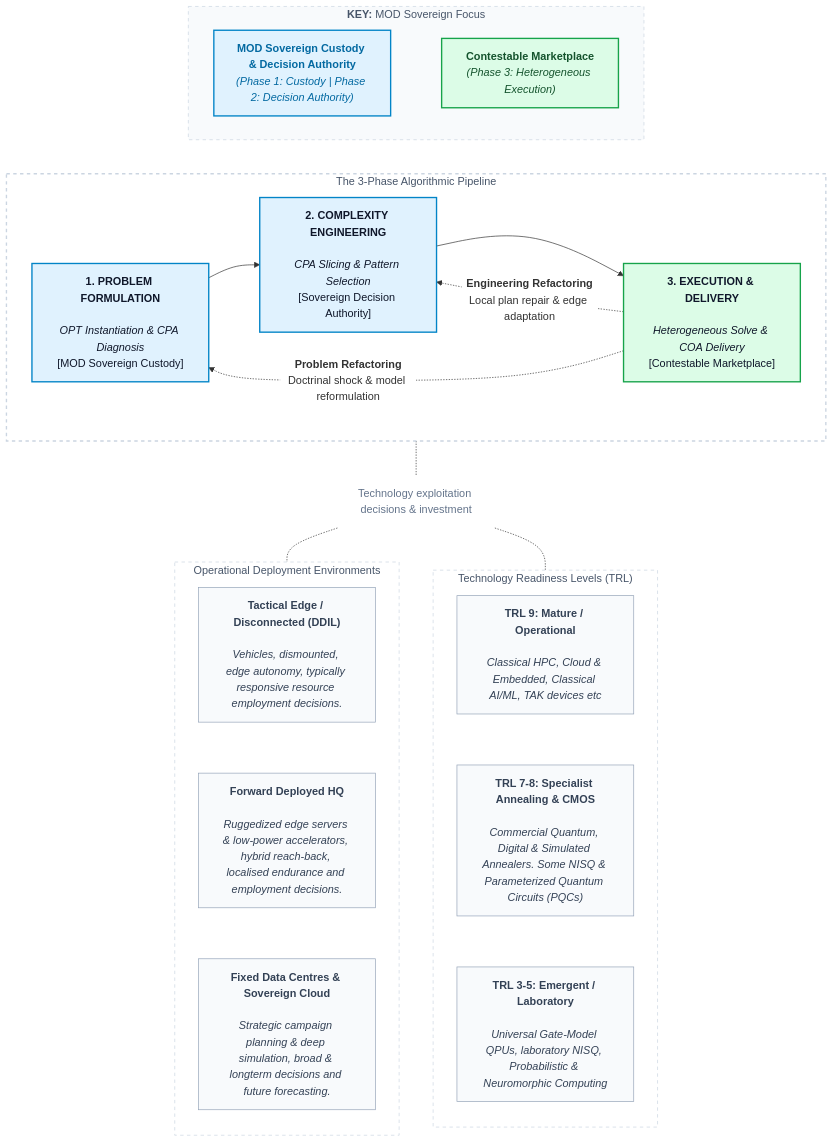
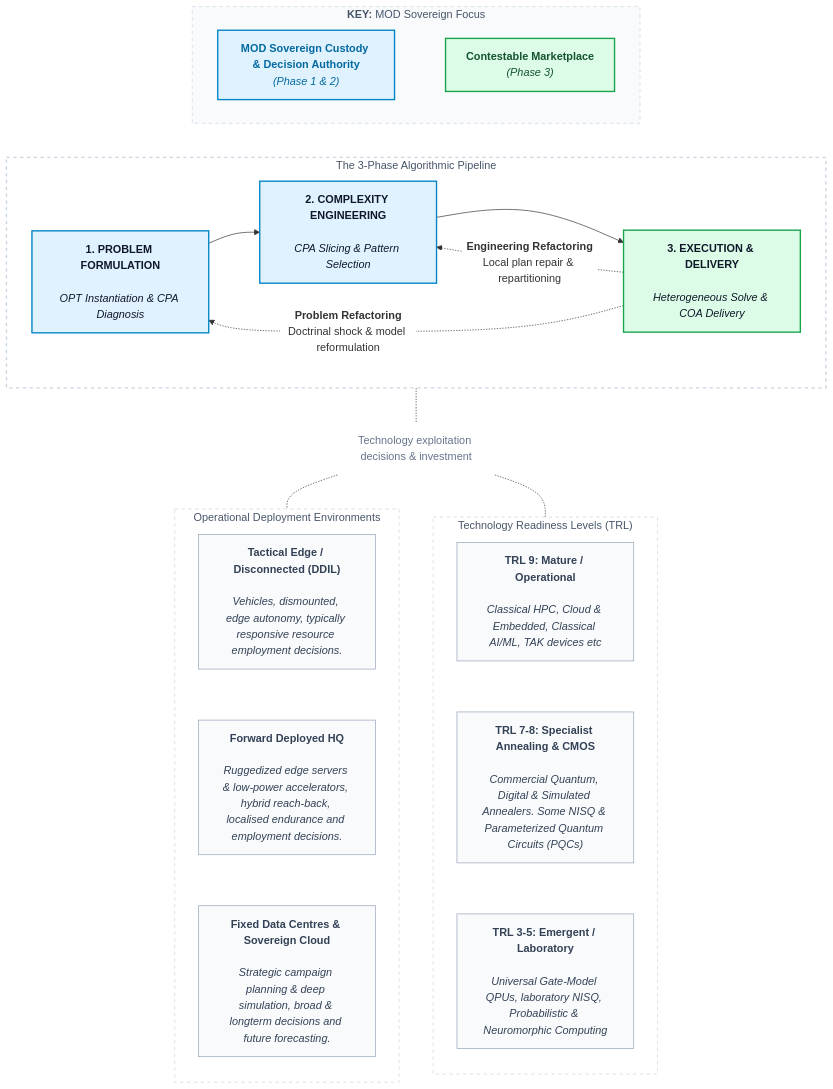
One commit to baddogdown/knowledge changed the third of 6 diagrams in quantum/The_Emergent_Algorithmic_Bridge.md. Above: the diagram before and after it, drawn with Mermaid. The commit also changed other lines of this file, not shown here.

Commit message:
Updates to 3 phase algo bridge

````diff
--- a/quantum/The_Emergent_Algorithmic_Bridge.md
+++ b/quantum/The_Emergent_Algorithmic_Bridge.md
@@ -240,81 +240,81 @@
 ```mermaid
 %%{init: {'themeVariables': {'edgeLabelBackground': '#ffffff'}}}%%
 flowchart TB
 
     %% ==========================================
     %% TOP SECTION: KEY Above Pipeline for Full Width
     %% ==========================================
     subgraph KEY ["<b>KEY:</b> MOD Sovereign Focus"]
         direction LR
-        K1["<b>MOD Sovereign Custody & Decision Authority</b><br/><i>(Phase 1: Custody | Phase 2: Decision Authority)</i>"]
-        K2["<b>Contestable Marketplace</b><br/><i>(Phase 3: Heterogeneous Execution)</i>"]
+        K1["<b>MOD Sovereign Custody & Decision Authority</b><br/><i>(Phase 1 & 2)</i>"]
+        K2["<b>Contestable Marketplace</b><br/><i>(Phase 3)</i>"]
         K1 ~~~ K2
     end
 
     %% ==========================================
     %% PIPELINE SECTION: Full-Width 3-Phase Pipeline
     %% ==========================================
     subgraph PHASES ["The 3-Phase Algorithmic Pipeline"]
         direction LR
-        P1["<b>1. PROBLEM FORMULATION</b><br/><br/><i>OPT Instantiation & CPA Diagnosis</i><br/>[MOD Sovereign Custody]"] --> P2["<b>2. COMPLEXITY ENGINEERING</b><br/><br/><i>CPA Slicing & Pattern Selection</i><br/>[Sovereign Decision Authority]"] --> P3["<b>3. EXECUTION & DELIVERY</b><br/><br/><i>Heterogeneous Solve & COA Delivery</i><br/>[Contestable Marketplace]"]
+        P1["<b>1. PROBLEM FORMULATION</b><br/><br/><i>OPT Instantiation & CPA Diagnosis</i>"] --> P2["<b>2. COMPLEXITY ENGINEERING</b><br/><br/><i>CPA Slicing & Pattern Selection</i>"] --> P3["<b>3. EXECUTION & DELIVERY</b><br/><br/><i>Heterogeneous Solve & COA Delivery</i>"]
 
-        P3 -.->|"<b>Engineering Refactoring</b><br/>Local plan repair & edge adaptation"| P2
+        P3 -.->|"<b>Engineering Refactoring</b><br/>Local plan repair & repartitioning"| P2
         P3 -.->|"<b>Problem Refactoring</b><br/>Doctrinal shock & model reformulation"| P1
     end
 
     KEY ~~~ PHASES
 
     %% ==========================================
     %% MIDDLE SECTION: Divider 
     %% ==========================================
     DIVIDER["Technology exploitation decisions & investment"]
     PHASES -.- DIVIDER
 
     %% ==========================================
     %% BOTTOM SECTION: Side-by-Side Columns
     %% ==========================================
     subgraph TRL_AXIS ["Technology Readiness Levels (TRL)"]
         direction TB
         T1["<b>TRL 9: Mature / Operational</b><br/><br/><i>Classical HPC, Cloud & Embedded, Classical AI/ML, TAK devices etc</i>"]
         T2["<b>TRL 7-8: Specialist Annealing & CMOS</b><br/><br/><i>Commercial Quantum, Digital & Simulated Annealers. Some NISQ & Parameterized Quantum Circuits (PQCs)</i>"]
         T3["<b>TRL 3-5: Emergent / Laboratory</b><br/><br/><i>Universal Gate-Model QPUs, laboratory NISQ, Probabilistic & Neuromorphic Computing</i>"]
         T1 ~~~ T2 ~~~ T3
     end
 
     subgraph DEP_AXIS ["Operational Deployment Environments"]
         direction TB
         D1["<b>Tactical Edge / Disconnected (DDIL)</b><br/><br/><i>Vehicles, dismounted, edge autonomy, typically responsive resource employment decisions.</i>"]
         D2["<b>Forward Deployed HQ</b><br/><br/><i>Ruggedized edge servers & low-power accelerators, hybrid reach-back, localised endurance and employment decisions.</i>"]
         D3["<b>Fixed Data Centres & Sovereign Cloud</b><br/><br/><i>Strategic campaign planning & deep simulation, broad & longterm decisions and future forecasting.</i>"]
         D1 ~~~ D2 ~~~ D3
     end
 
     %% Fork to the top nodes to enforce side-by-side columns
     DIVIDER -.- T1
     DIVIDER -.- D1
 
     %% ==========================================
     %% STYLING
     %% ==========================================
     style KEY fill:#f8fafc,stroke:#cbd5e1,stroke-width:1px,stroke-dasharray: 5 5,color:#475569
     style K1 fill:#e0f2fe,stroke:#0284c7,stroke-width:2px,color:#0369a1
     style K2 fill:#dcfce7,stroke:#16a34a,stroke-width:2px,color:#14532d
 
     style PHASES fill:#ffffff,stroke:#cbd5e1,stroke-width:2px,stroke-dasharray: 5 5,color:#475569
     style P1 fill:#e0f2fe,stroke:#0284c7,stroke-width:2px,color:#0f172a
     style P2 fill:#e0f2fe,stroke:#0284c7,stroke-width:2px,color:#0f172a
     style P3 fill:#dcfce7,stroke:#16a34a,stroke-width:2px,color:#0f172a
 
     style DIVIDER fill:none,stroke:none,color:#64748b
 
     style TRL_AXIS fill:#ffffff,stroke:#cbd5e1,stroke-width:1px,stroke-dasharray: 5 5,color:#475569
     style DEP_AXIS fill:#ffffff,stroke:#cbd5e1,stroke-width:1px,stroke-dasharray: 5 5,color:#475569
 
     style T1 fill:#f8fafc,stroke:#94a3b8,stroke-width:1px,color:#334155
     style T2 fill:#f8fafc,stroke:#94a3b8,stroke-width:1px,color:#334155
     style T3 fill:#f8fafc,stroke:#94a3b8,stroke-width:1px,color:#334155
 
     style D1 fill:#f8fafc,stroke:#94a3b8,stroke-width:1px,color:#334155
     style D2 fill:#f8fafc,stroke:#94a3b8,stroke-width:1px,color:#334155
     style D3 fill:#f8fafc,stroke:#94a3b8,stroke-width:1px,color:#334155
 ```
````
